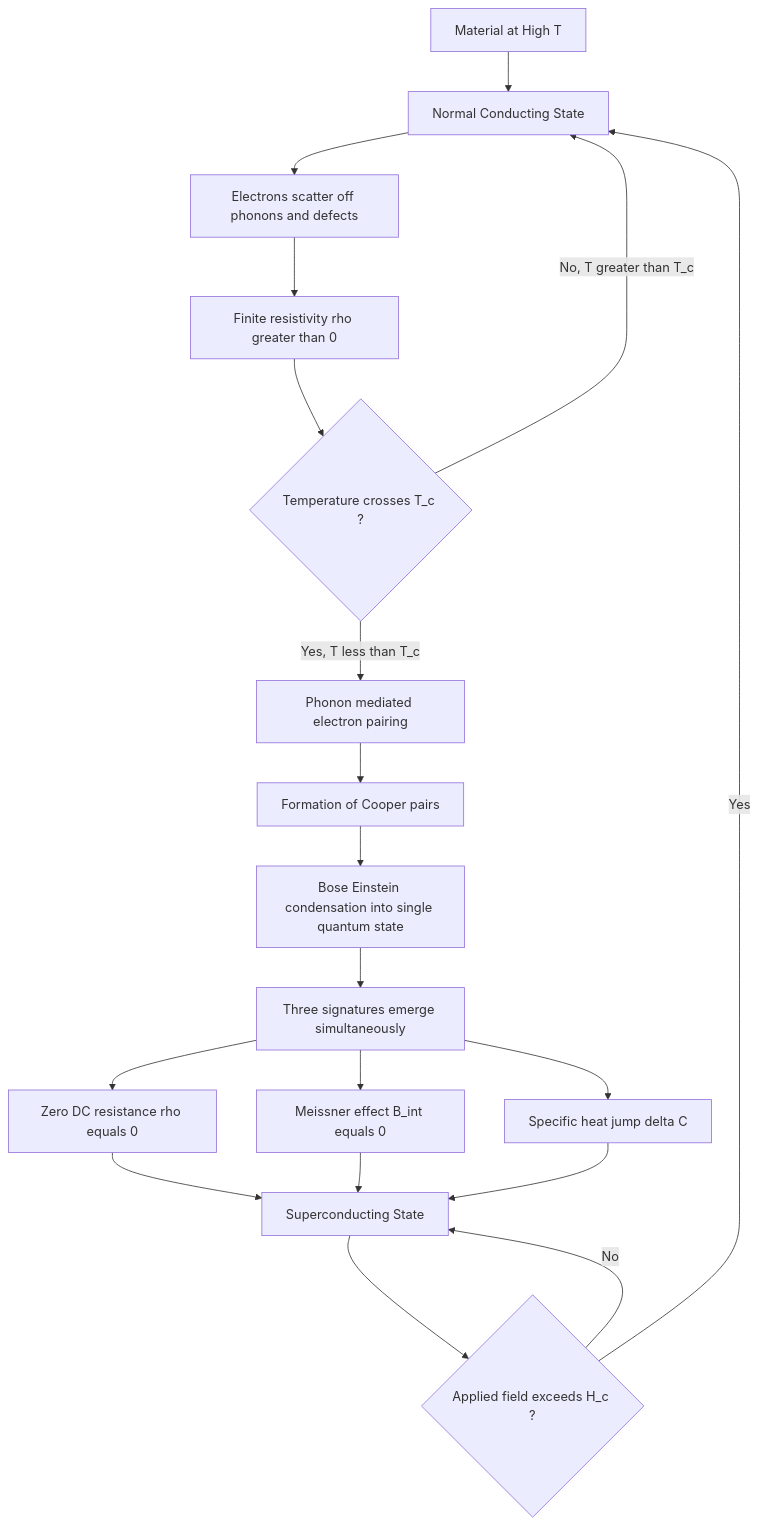
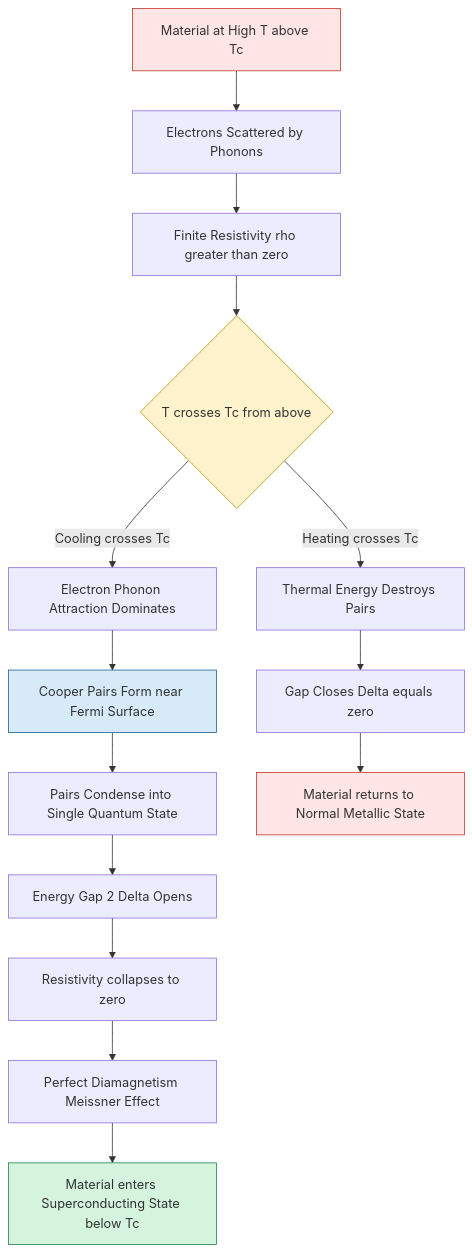
The first of 4 diagrams in public/notes/computer-science-and-engineering/semester-1/gapht121-physics-for-information-science/01-module-1-electrical-conductivity/transition-temperature/notes.md (vishnuu-kr/ktunode), drawn with Mermaid before and after one commit. The commit also changed other lines of this file and 4829 other files, not shown here.

````diff
--- a/public/notes/computer-science-and-engineering/semester-1/gapht121-physics-for-information-science/01-module-1-electrical-conductivity/transition-temperature/notes.md
+++ b/public/notes/computer-science-and-engineering/semester-1/gapht121-physics-for-information-science/01-module-1-electrical-conductivity/transition-temperature/notes.md
@@ -423,21 +414,22 @@
 ```mermaid
 flowchart TD
-    A["Material at High T"] --> B["Normal Conducting State"]
-    B --> C["Electrons scatter off phonons and defects"]
-    C --> D["Finite resistivity rho greater than 0"]
-    D --> E{"Temperature crosses T_c ?"}
-    E -- "No, T greater than T_c" --> B
-    E -- "Yes, T less than T_c" --> F["Phonon mediated electron pairing"]
-    F --> G["Formation of Cooper pairs"]
-    G --> H["Bose Einstein condensation into single quantum state"]
-    H --> I["Three signatures emerge simultaneously"]
-    I --> J["Zero DC resistance rho equals 0"]
-    I --> K["Meissner effect B_int equals 0"]
-    I --> L["Specific heat jump delta C"]
-    J --> M["Superconducting State"]
-    K --> M
-    L --> M
-    M --> N{"Applied field exceeds H_c ?"}
-    N -- "No" --> M
-    N -- "Yes" --> B
+    A["Material at High T above Tc"] --> B["Electrons Scattered by Phonons"]
+    B --> C["Finite Resistivity rho greater than zero"]
+    C --> D{"T crosses Tc from above"}
+    D -- "Cooling crosses Tc" --> E["Electron Phonon Attraction Dominates"]
+    E --> F["Cooper Pairs Form near Fermi Surface"]
+    F --> G["Pairs Condense into Single Quantum State"]
+    G --> H["Energy Gap 2 Delta Opens"]
+    H --> I["Resistivity collapses to zero"]
+    I --> J["Perfect Diamagnetism Meissner Effect"]
+    J --> K["Material enters Superconducting State below Tc"]
+    D -- "Heating crosses Tc" --> L["Thermal Energy Destroys Pairs"]
+    L --> M["Gap Closes Delta equals zero"]
+    M --> N["Material returns to Normal Metallic State"]
+
+    style A fill:#ffe5e5,stroke:#c0392b
+    style K fill:#d4f4dd,stroke:#1e8449
+    style N fill:#ffe5e5,stroke:#c0392b
+    style D fill:#fff3cd,stroke:#b7950b
+    style F fill:#d6eaf8,stroke:#1f618d
 ```
````
